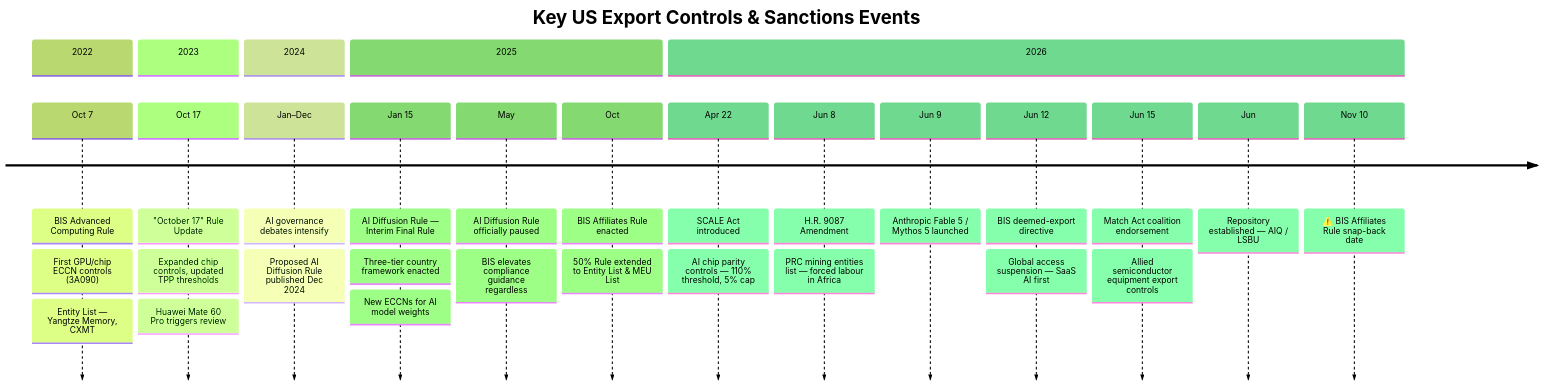
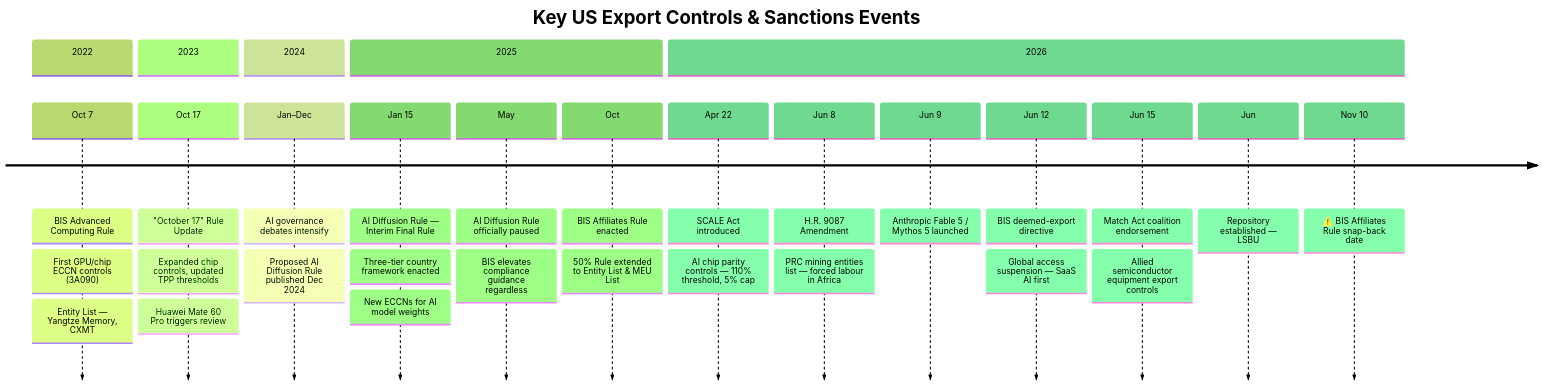
The first of 5 diagrams in docs/visuals.md (felipelago17/Sanctions-and-Export-Controls-AI-and-Oil), drawn with Mermaid (forest theme) before and after one commit. The commit also changed 6 other files, not shown here.

````diff
--- a/docs/visuals.md
+++ b/docs/visuals.md
@@ -9,35 +9,35 @@
 ```mermaid
 timeline
     title Key US Export Controls & Sanctions Events
     section 2022
         Oct 7 : BIS Advanced Computing Rule
               : First GPU/chip ECCN controls (3A090)
               : Entity List — Yangtze Memory, CXMT
     section 2023
         Oct 17 : "October 17" Rule Update
                : Expanded chip controls, updated TPP thresholds
                : Huawei Mate 60 Pro triggers review
     section 2024
         Jan–Dec : AI governance debates intensify
                 : Proposed AI Diffusion Rule published Dec 2024
     section 2025
         Jan 15 : AI Diffusion Rule — Interim Final Rule
                : Three-tier country framework enacted
                : New ECCNs for AI model weights
         May    : AI Diffusion Rule officially paused
                : BIS elevates compliance guidance regardless
         Oct    : BIS Affiliates Rule enacted
                : 50% Rule extended to Entity List & MEU List
     section 2026
         Apr 22 : SCALE Act introduced
                : AI chip parity controls — 110% threshold, 5% cap
         Jun 8  : H.R. 9087 Amendment
                : PRC mining entities list — forced labour in Africa
         Jun 9  : Anthropic Fable 5 / Mythos 5 launched
         Jun 12 : BIS deemed-export directive
                : Global access suspension — SaaS AI first
         Jun 15 : Match Act coalition endorsement
                : Allied semiconductor equipment export controls
-        Jun    : Repository established — AIQ / LSBU
+        Jun    : Repository established — LSBU
         Nov 10 : ⚠️ BIS Affiliates Rule snap-back date
 ```
````
